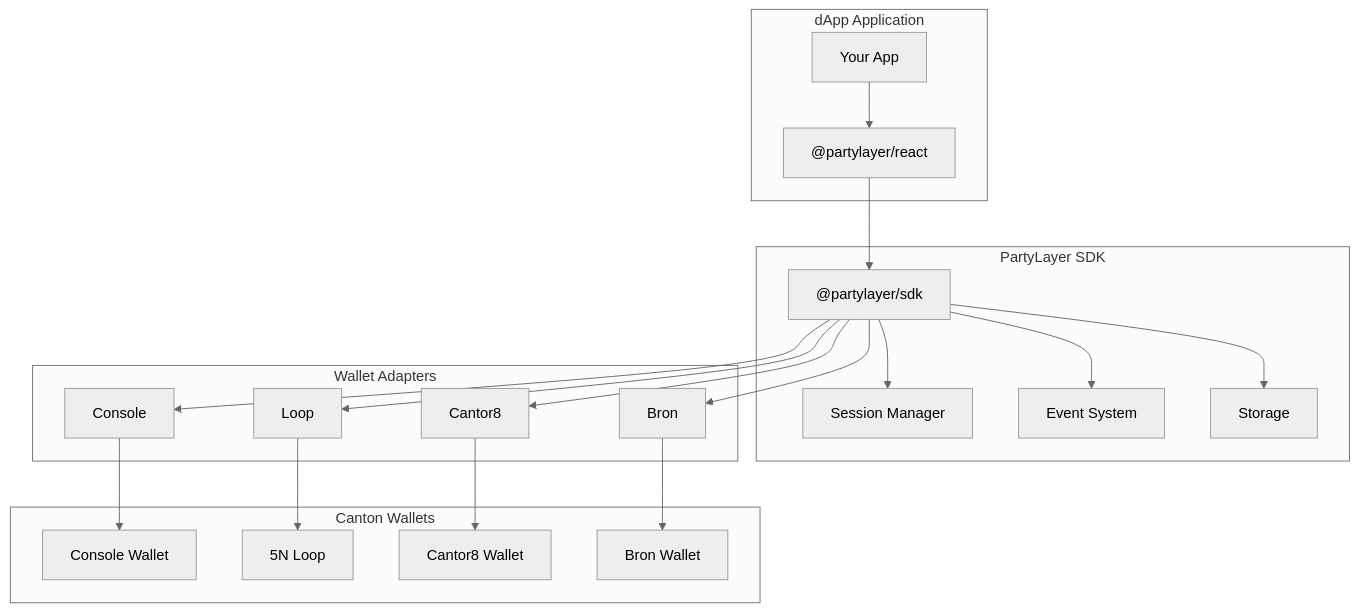
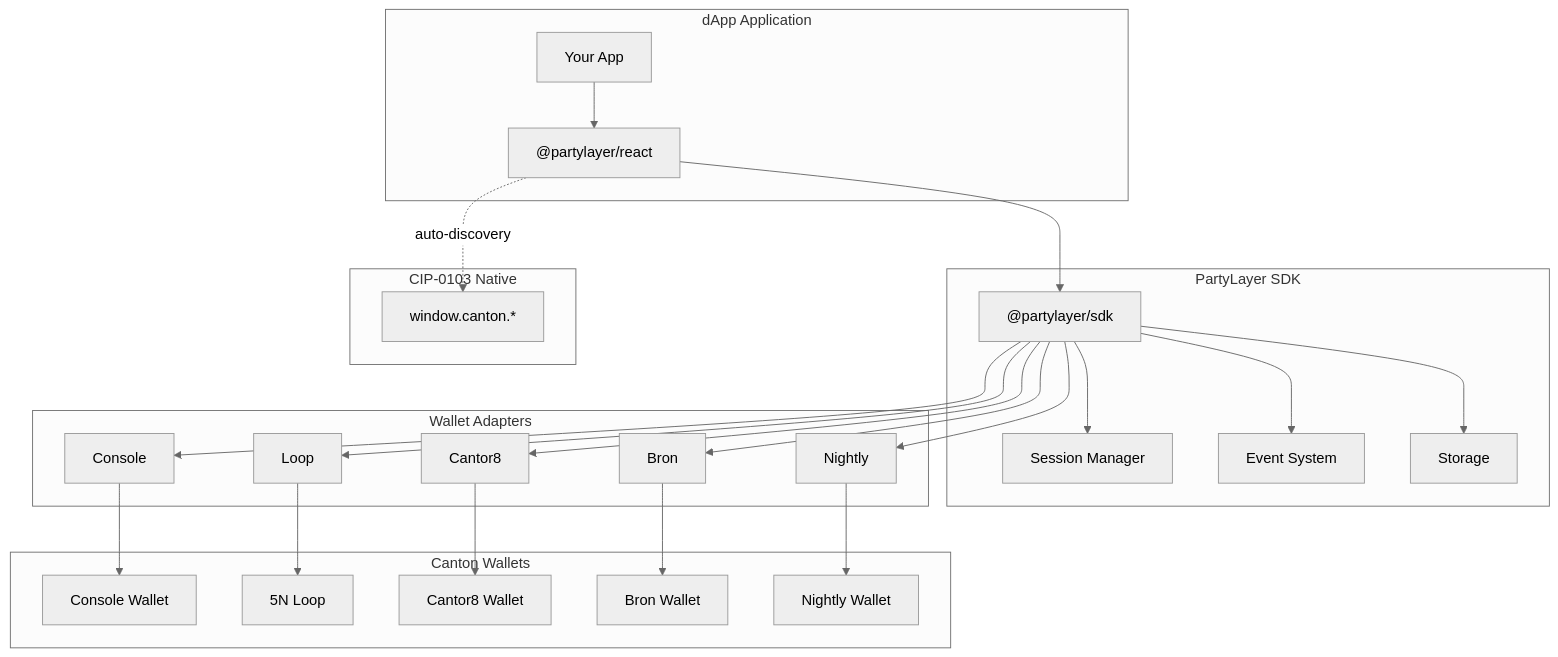
The diagram in README.md (cayvox/PartyLayer), drawn with Mermaid (neutral theme) before and after one commit. The commit also changed other lines of this file and 27 other files, not shown here.

First line of the commit message:
feat: add documentation site, landing page redesign, and animated architecture flow

````diff
--- a/README.md
+++ b/README.md
@@ -361,42 +348,51 @@
 ```mermaid
 graph TD
     subgraph dApp[dApp Application]
         A[Your App]
         B["@partylayer/react"]
     end
 
     subgraph SDK[PartyLayer SDK]
         C["@partylayer/sdk"]
         D[Session Manager]
         E[Event System]
         F[Storage]
     end
 
     subgraph Adapters[Wallet Adapters]
         G[Console]
         H[Loop]
         I[Cantor8]
         J[Bron]
+        O[Nightly]
     end
 
     subgraph Wallets[Canton Wallets]
         K[Console Wallet]
         L[5N Loop]
         M[Cantor8 Wallet]
         N[Bron Wallet]
+        P[Nightly Wallet]
+    end
+
+    subgraph Native[CIP-0103 Native]
+        Q[window.canton.*]
     end
 
     A --> B
     B --> C
     C --> D
     C --> E
     C --> F
     C --> G
     C --> H
     C --> I
     C --> J
+    C --> O
     G --> K
     H --> L
     I --> M
     J --> N
+    O --> P
+    B -.->|auto-discovery| Q
 ```
````
